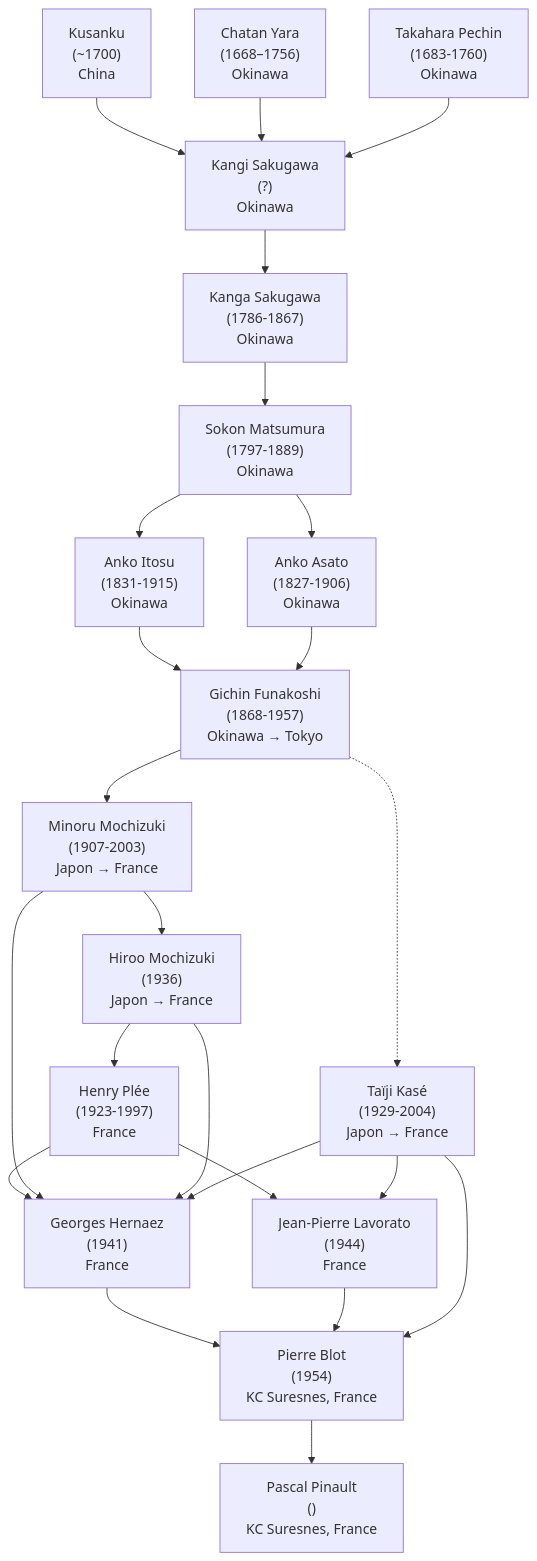
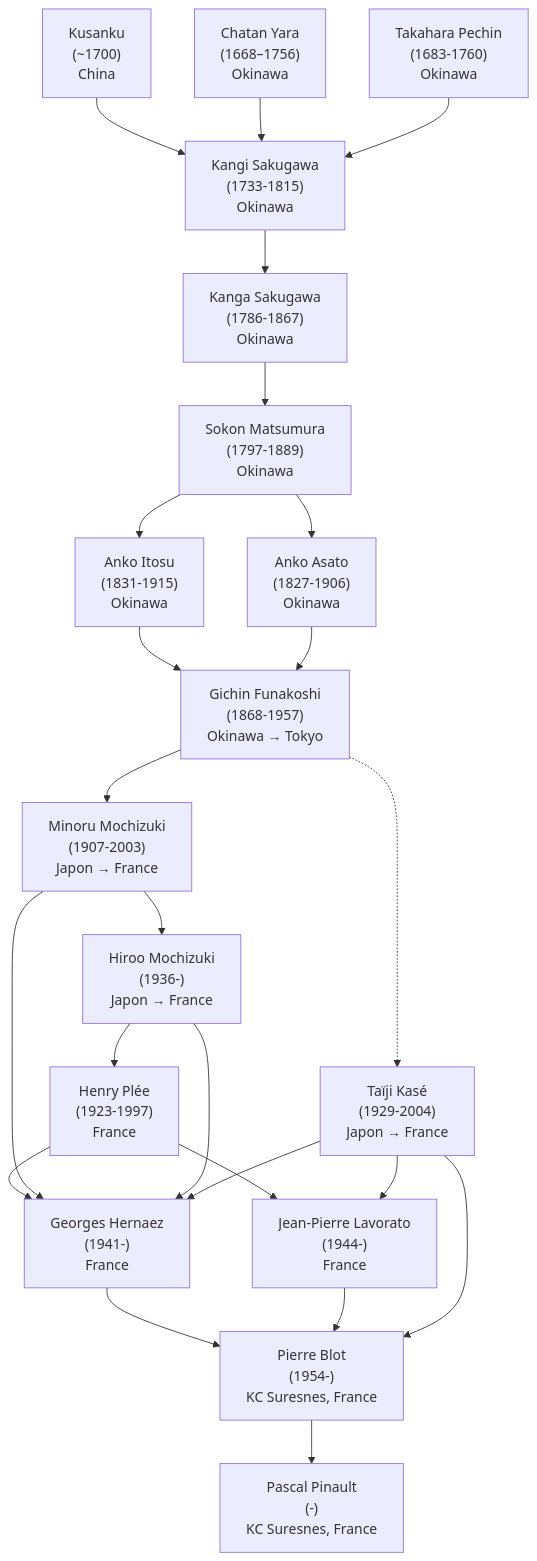
One commit to NicolasPA/kcsuresnes changed the diagram in pages/lignee.md. Above: the diagram before and after it, drawn with Mermaid.

````diff
--- a/pages/lignee.md
+++ b/pages/lignee.md
@@ -3,31 +3,31 @@
 ```mermaid
 graph TD
     A1["Kusanku<br/>(~1700)<br/>China"]
     A2["Chatan Yara<br/>(1668–1756)<br/>Okinawa"]
     A3["Takahara Pechin<br/>(1683-1760)<br/>Okinawa"]
-    B1["Kangi Sakugawa<br/>(?)<br/>Okinawa"]
+    B1["Kangi Sakugawa<br/>(1733-1815)<br/>Okinawa"]
     A1 --> B1
     A2 --> B1
     A3 --> B1
     --> B2["Kanga Sakugawa<br/>(1786-1867)<br/>Okinawa"]
     --> C["Sokon Matsumura<br/>(1797-1889)<br/>Okinawa"]
     --> D["Anko Itosu<br/>(1831-1915)<br/>Okinawa"]
     C --> E["Anko Asato<br/>(1827-1906)<br/>Okinawa"]
     D --> F["Gichin Funakoshi<br/>(1868-1957)<br/>Okinawa → Tokyo"]
     E --> F
     --> G["Minoru Mochizuki<br/>(1907-2003)<br/>Japon → France"]
-    --> H["Hiroo Mochizuki<br/>(1936)<br/>Japon → France"]
+    --> H["Hiroo Mochizuki<br/>(1936-)<br/>Japon → France"]
     --> I["Henry Plée<br/>(1923-1997)<br/>France"]
     J["Taïji Kasé<br/>(1929-2004)<br/>Japon → France"]
     F -.-> J
-    I --> K["Jean-Pierre Lavorato<br/>(1944)<br/>France"]
+    I --> K["Jean-Pierre Lavorato<br/>(1944-)<br/>France"]
     J --> K
-    I --> L["Georges Hernaez<br/>(1941)<br/>France"]
+    I --> L["Georges Hernaez<br/>(1941-)<br/>France"]
     G --> L
     H --> L
     J --> L
-    L --> M["Pierre Blot<br/>(1954)<br/>KC Suresnes, France"]
+    L --> M["Pierre Blot<br/>(1954-)<br/>KC Suresnes, France"]
     K --> M
     J --> M
-    M --> N["Pascal Pinault<br/>()<br/>KC Suresnes, France"]
+    M --> N["Pascal Pinault<br/>(-)<br/>KC Suresnes, France"]
 ```
````
